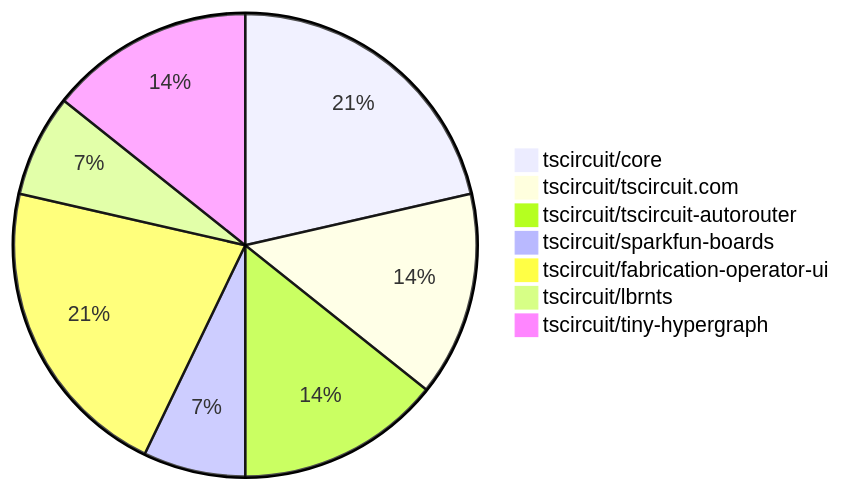
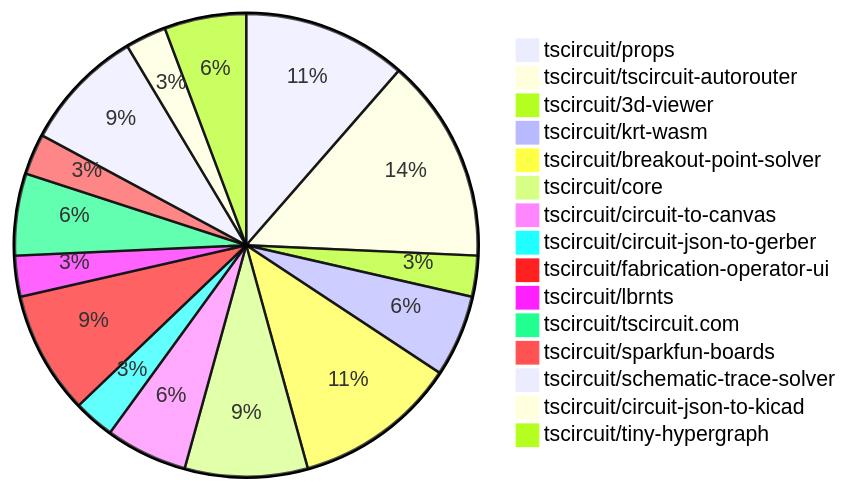
The diagram in contribution-overviews/2026-05-19.md (tscircuit/contribution-tracker), drawn with Mermaid before and after one commit. The commit also changed other lines of this file and 3 other files, not shown here.

````diff
--- a/contribution-overviews/2026-05-19.md
+++ b/contribution-overviews/2026-05-19.md
@@ -12,10 +12,18 @@
 ```mermaid
 pie
+    "tscircuit/props" : 4
+    "tscircuit/tscircuit-autorouter" : 5
+    "tscircuit/3d-viewer" : 1
+    "tscircuit/krt-wasm" : 2
+    "tscircuit/breakout-point-solver" : 4
     "tscircuit/core" : 3
-    "tscircuit/tscircuit.com" : 2
-    "tscircuit/tscircuit-autorouter" : 2
-    "tscircuit/sparkfun-boards" : 1
+    "tscircuit/circuit-to-canvas" : 2
+    "tscircuit/circuit-json-to-gerber" : 1
     "tscircuit/fabrication-operator-ui" : 3
     "tscircuit/lbrnts" : 1
+    "tscircuit/tscircuit.com" : 2
+    "tscircuit/sparkfun-boards" : 1
+    "tscircuit/schematic-trace-solver" : 3
+    "tscircuit/circuit-json-to-kicad" : 1
     "tscircuit/tiny-hypergraph" : 2
 ```
````
